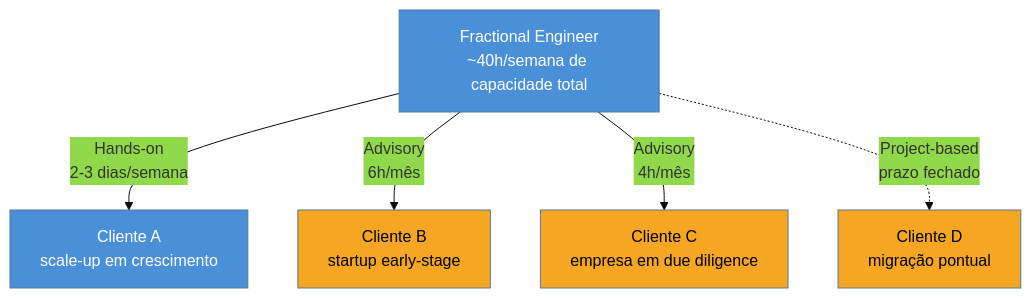
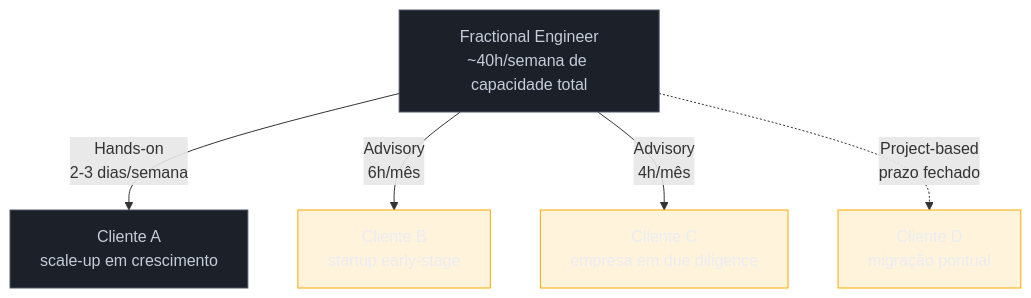
One commit to josenaldo/codex-technomanticus changed the diagram in 03-Dominios/Carreira/Empreendedorismo/Fractional Engineer Brasil/01 - O que é Fractional Engineering.md. Above: the diagram before and after it, drawn with Mermaid. The commit also changed 1181 other files, not shown here.

First line of the commit message:
fix(diagramas): paleta do sistema no lugar de cor cravada no markdown

````diff
--- a/03-Dominios/Carreira/Empreendedorismo/Fractional Engineer Brasil/01 - O que é Fractional Engineering.md
+++ b/03-Dominios/Carreira/Empreendedorismo/Fractional Engineer Brasil/01 - O que é Fractional Engineering.md
@@ -58,15 +58,16 @@
 ```mermaid
-%%{init: {"theme": "base", "themeVariables": {"primaryColor": "#4A90D9"}}}%%
 graph TD
+    classDef neutro fill:#1B2029,stroke:#4E5666,color:#C6CCD8
+    classDef destaque fill:#FFAA0024,stroke:#FFAA00,color:#E9ECF2
     F["Fractional Engineer<br/>~40h/semana de capacidade total"]
     F -->|"Hands-on<br/>2-3 dias/semana"| C1["Cliente A<br/>scale-up em crescimento"]
     F -->|"Advisory<br/>6h/mês"| C2["Cliente B<br/>startup early-stage"]
     F -->|"Advisory<br/>4h/mês"| C3["Cliente C<br/>empresa em due diligence"]
     F -.->|"Project-based<br/>prazo fechado"| C4["Cliente D<br/>migração pontual"]
 
-    style F fill:#4A90D9,color:#fff
-    style C1 fill:#4A90D9,color:#fff
-    style C2 fill:#F5A623,color:#000
-    style C3 fill:#F5A623,color:#000
-    style C4 fill:#F5A623,color:#000
+    class F neutro
+    class C1 neutro
+    class C2 destaque
+    class C3 destaque
+    class C4 destaque
 ```
````
